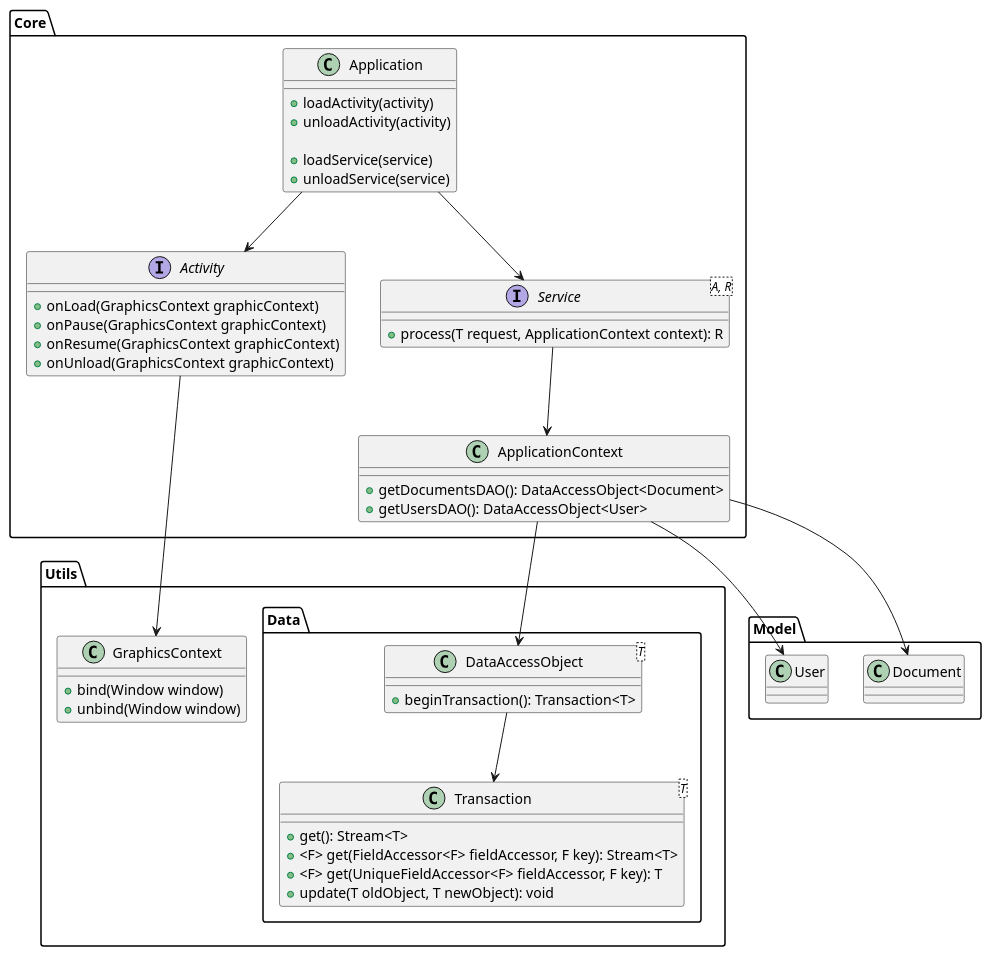
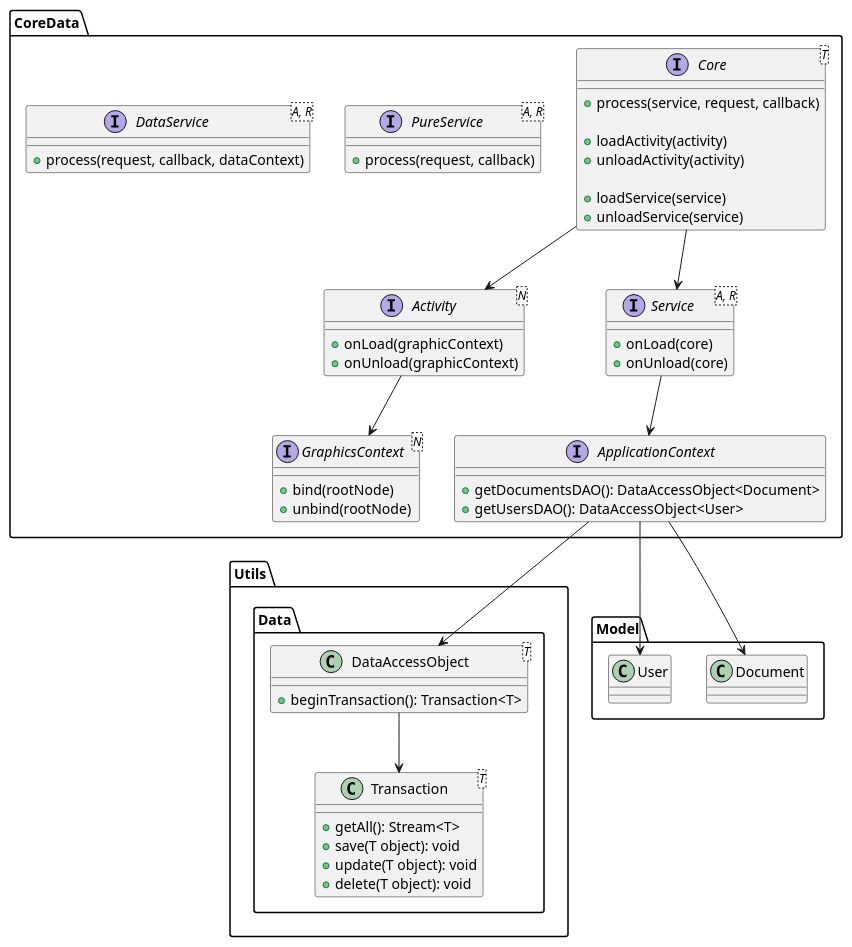
Before and after one commit to woodgoblin/archive-manager: the diagram in docs/architecture/class-diagram.puml, drawn with PlantUML. The commit also changed 1 other file, not shown here.

Commit message:
[UNIVERSITY-10: Create draft architecture for software architecture coursework]
Many DataAcessors scenario has been added.

```diff
--- a/docs/architecture/class-diagram.puml
+++ b/docs/architecture/class-diagram.puml
@@ -1,76 +1,84 @@
 @startuml
 
-package Core {
+package CoreData {
 
-    class Application {
+    interface Core<T> {
+        +process(service, request, callback)
+
         +loadActivity(activity)
         +unloadActivity(activity)
 
         +loadService(service)
         +unloadService(service)
     }
 
-    class ApplicationContext {
+    interface GraphicsContext<N> {
+        +bind(rootNode)
+        +unbind(rootNode)
+    }
+
+    interface ApplicationContext {
         +getDocumentsDAO(): DataAccessObject<Document>
         +getUsersDAO(): DataAccessObject<User>
     }
 
-    interface Activity {
-        +onLoad(GraphicsContext graphicContext)
-        +onPause(GraphicsContext graphicContext)
-        +onResume(GraphicsContext graphicContext)
-        +onUnload(GraphicsContext graphicContext)
+    interface Activity<N> {
+        +onLoad(graphicContext)
+        +onUnload(graphicContext)
     }
 
     interface Service<A, R> {
-        +process(T request, ApplicationContext context): R
+        +onLoad(core)
+        +onUnload(core)
+    }
+
+    interface PureService<A, R> {
+        +process(request, callback)
+    }
+
+    interface DataService<A, R> {
+        +process(request, callback, dataContext)
     }
 
 }
 
 package Utils {
 
     package Data {
 
         class DataAccessObject<T> {
             +beginTransaction(): Transaction<T>
         }
 
         class Transaction<T> {
-            +get(): Stream<T>
-            +<F> get(FieldAccessor<F> fieldAccessor, F key): Stream<T>
-            +<F> get(UniqueFieldAccessor<F> fieldAccessor, F key): T
-            +update(T oldObject, T newObject): void
+            +getAll(): Stream<T>
+            +save(T object): void
+            +update(T object): void
+            +delete(T object): void
         }
 
     }
-
-    class GraphicsContext {
-        +bind(Window window)
-        +unbind(Window window)
-    }
-
 }
 
 package Model {
 
     class Document {
 
     }
 
     class User {
 
     }
 
 }
 
-Application --> Activity
-Application --> Service
+Core --> Activity
+Core --> Service
 Activity --> GraphicsContext
 Service --> ApplicationContext
 ApplicationContext --> DataAccessObject
 ApplicationContext --> User
 ApplicationContext --> Document
 DataAccessObject --> Transaction
 
 @enduml
```
